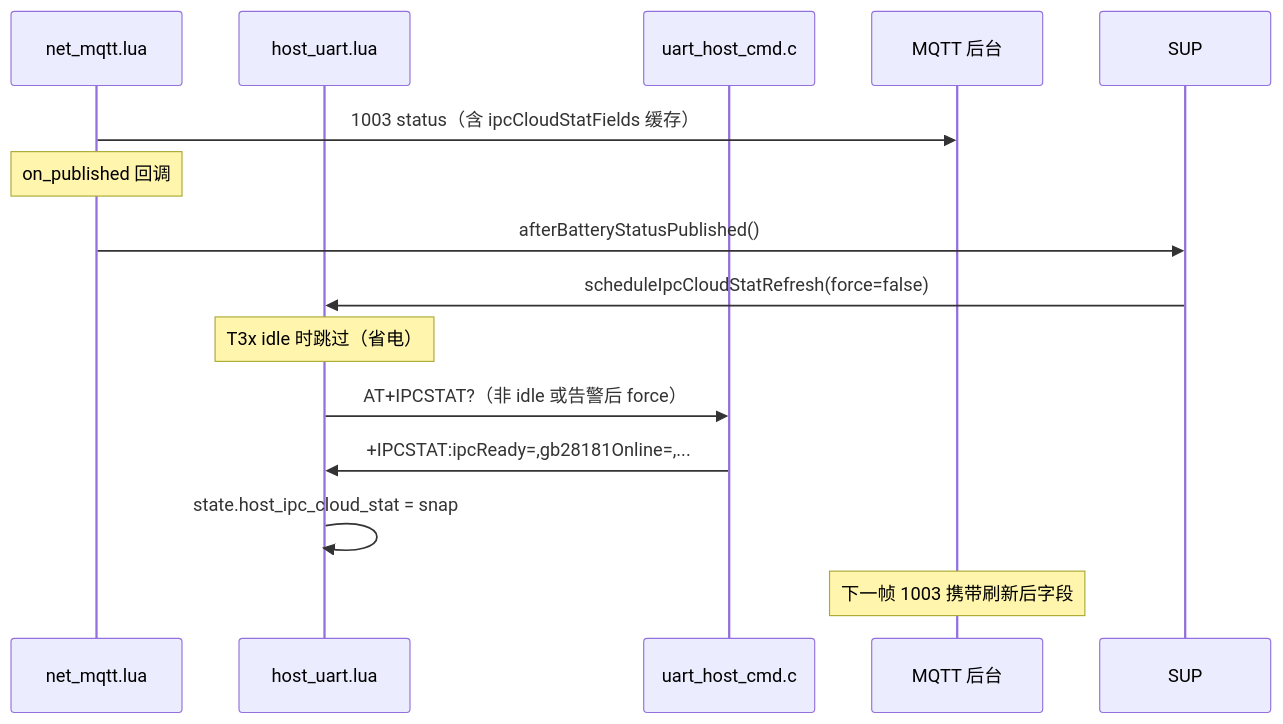
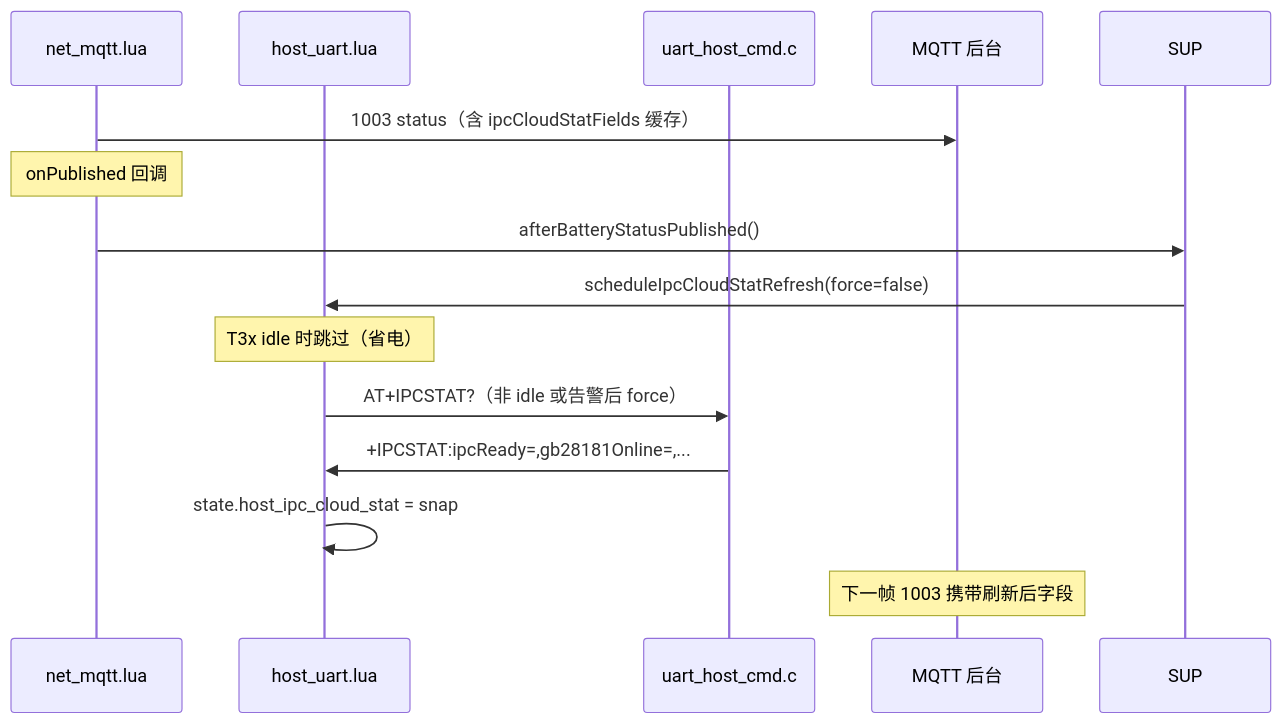
One commit to dzr1986/AIR780EHM changed the third of 3 diagrams in doc/T3X_IPC_CAT1_SUPERVISION.md. Above: the diagram before and after it, drawn with Mermaid. The commit also changed other lines of this file and 84 other files, not shown here.

````diff
--- a/doc/T3X_IPC_CAT1_SUPERVISION.md
+++ b/doc/T3X_IPC_CAT1_SUPERVISION.md
@@ -121,17 +121,17 @@
 ```mermaid
 sequenceDiagram
     participant MQ as net_mqtt.lua
     participant HU as host_uart.lua
     participant T3x as uart_host_cmd.c
     participant BE as MQTT 后台
 
     MQ->>BE: 1003 status（含 ipcCloudStatFields 缓存）
-    Note over MQ: on_published 回调
+    Note over MQ: onPublished 回调
     MQ->>SUP: afterBatteryStatusPublished()
     SUP->>HU: scheduleIpcCloudStatRefresh(force=false)
     Note over HU: T3x idle 时跳过（省电）
     HU->>T3x: AT+IPCSTAT?（非 idle 或告警后 force）
     T3x->>HU: +IPCSTAT:ipcReady=,gb28181Online=,...
     HU->>HU: state.host_ipc_cloud_stat = snap
     Note over BE: 下一帧 1003 携带刷新后字段
 ```
````
